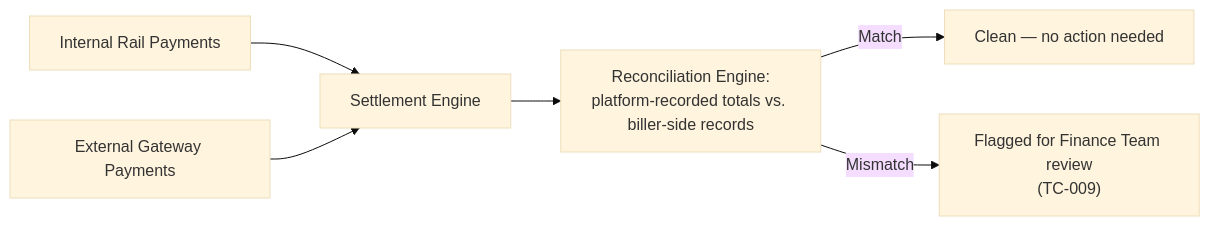
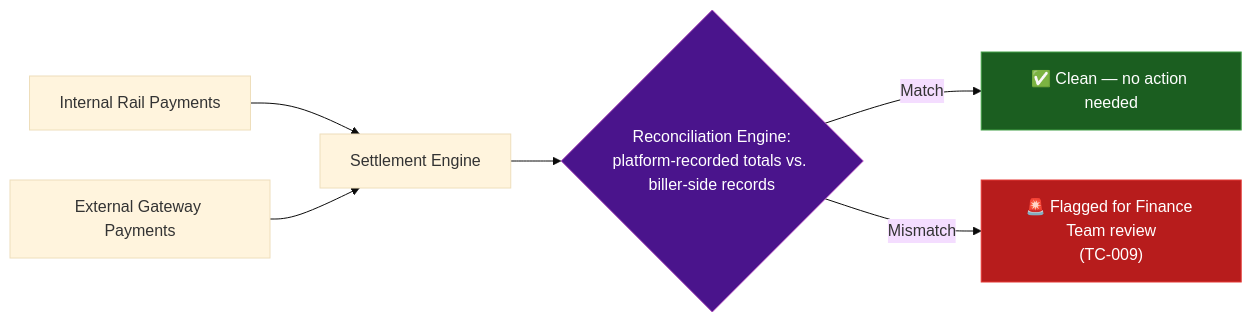
One commit to ghanendra-sdet/bbps-bill-payment-platform changed the fifth of 5 diagrams in docs/architecture-and-flow.md. Above: the diagram before and after it, drawn with Mermaid (base theme). The commit also changed other lines of this file, not shown here.

Commit message:
docs: enrich architecture diagrams, remove stale cross-document references

````diff
--- a/docs/architecture-and-flow.md
+++ b/docs/architecture-and-flow.md
@@ -137,8 +166,16 @@
 ```mermaid
 flowchart LR
     Payout["Internal Rail Payments"] --> Settle["Settlement Engine"]
     ExtPG["External Gateway Payments"] --> Settle
-    Settle --> Recon["Reconciliation Engine:<br/>platform-recorded totals vs. biller-side records"]
-    Recon -->|Match| Clean["Clean — no action needed"]
-    Recon -->|Mismatch| Flag["Flagged for Finance Team review<br/>(TC-009)"]
+    Settle --> Recon{"Reconciliation Engine:<br/>platform-recorded totals vs. biller-side records"}
+    Recon -->|Match| Clean["✅ Clean — no action needed"]
+    Recon -->|Mismatch| Flag["🚨 Flagged for Finance Team review<br/>(TC-009)"]
+
+    classDef gate fill:#4a148c,color:#fff,stroke:#ab47bc,stroke-width:1px
+    classDef good fill:#1b5e20,color:#fff,stroke:#43a047,stroke-width:1px
+    classDef bad fill:#b71c1c,color:#fff,stroke:#e53935,stroke-width:1px
+
+    class Recon gate
+    class Clean good
+    class Flag bad
 ```
````
